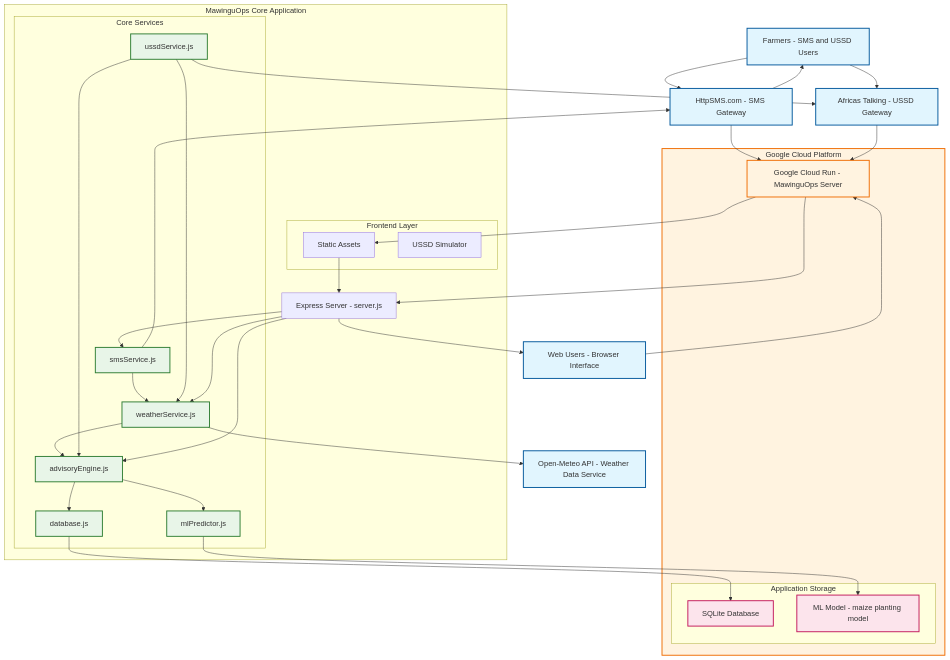
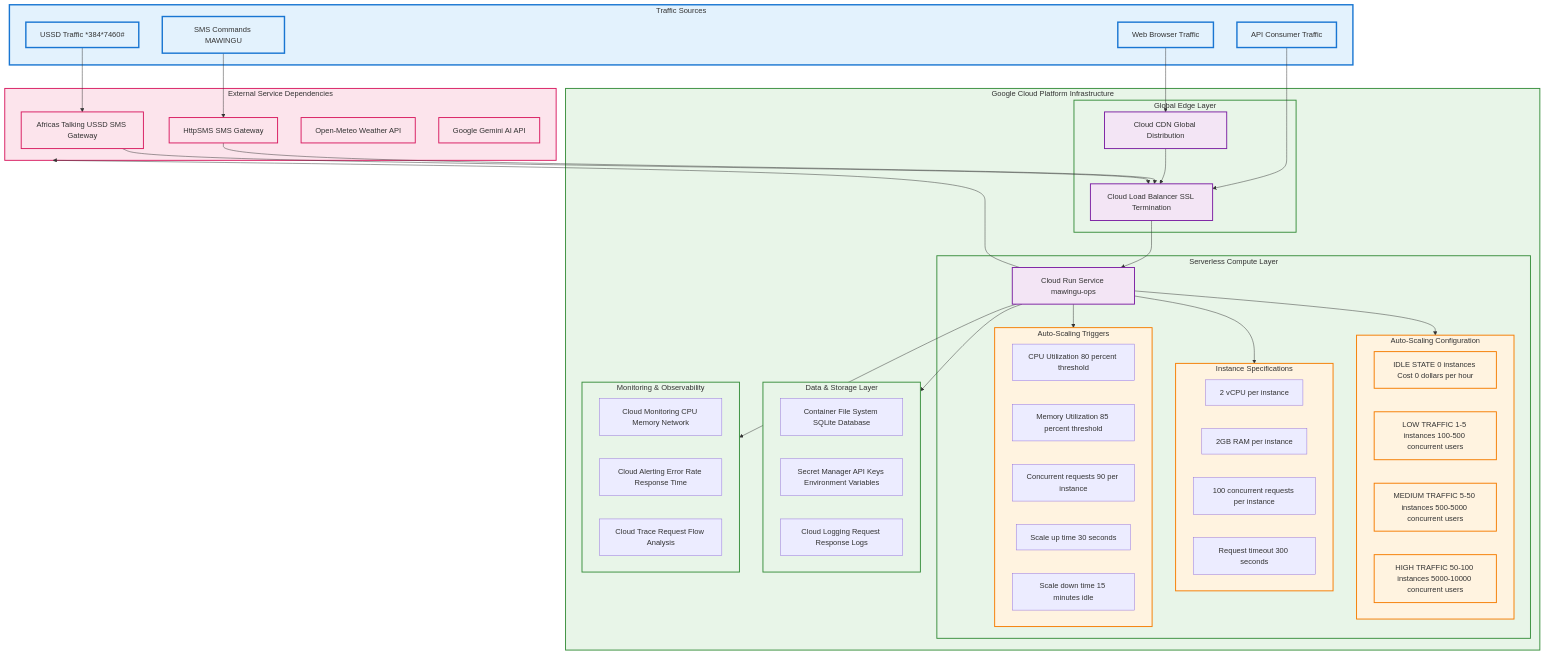
The first of 2 diagrams in README.md (ama-lyn/MawinguOps), drawn with Mermaid before and after one commit. The commit also changed other lines of this file and 8 other files, not shown here.

First line of the commit message:
feat: Add Africa's Talking service and USSD integration

````diff
--- a/README.md
+++ b/README.md
@@ -7,81 +9,105 @@
 ```mermaid
 graph TD
-    %% External Users
-    Farmers[Farmers - SMS and USSD Users]
-    WebUsers[Web Users - Browser Interface]
+    %% External Traffic Sources
+    subgraph Traffic[Traffic Sources]
+        USSD[USSD Traffic *384*7460#]
+        SMS[SMS Commands MAWINGU]
+        Web[Web Browser Traffic]
+        API[API Consumer Traffic]
+    end
     
-    %% External Services
-    OpenMeteo[Open-Meteo API - Weather Data Service]
-    HttpSMS[HttpSMS.com - SMS Gateway]
-    ATalking[Africas Talking - USSD Gateway]
-    
-    %% Google Cloud Platform
-    subgraph GCP[Google Cloud Platform]
-        CloudRun[Google Cloud Run - MawinguOps Server]
+    %% Google Cloud Platform Infrastructure
+    subgraph GCP[Google Cloud Platform Infrastructure]
+        %% Edge Layer
+        subgraph Edge[Global Edge Layer]
+            CDN[Cloud CDN Global Distribution]
+            LB[Cloud Load Balancer SSL Termination]
+        end
         
-        subgraph Storage[Application Storage]
-            SQLite[SQLite Database]
-            MLModel[ML Model - maize planting model]
+        %% Compute Layer with Scaling Details
+        subgraph Compute[Serverless Compute Layer]
+            CloudRun[Cloud Run Service mawingu-ops]
+            
+            %% Scaling Configuration
+            subgraph ScaleConfig[Auto-Scaling Configuration]
+                Scale0[IDLE STATE 0 instances Cost 0 dollars per hour]
+                Scale1[LOW TRAFFIC 1-5 instances 100-500 concurrent users]
+                Scale50[MEDIUM TRAFFIC 5-50 instances 500-5000 concurrent users]
+                Scale100[HIGH TRAFFIC 50-100 instances 5000-10000 concurrent users]
+            end
+            
+            %% Instance Specifications
+            subgraph InstanceSpec[Instance Specifications]
+                CPU[2 vCPU per instance]
+                RAM[2GB RAM per instance]
+                Concurrency[100 concurrent requests per instance]
+                Timeout[Request timeout 300 seconds]
+            end
+            
+            %% Auto-Scaling Triggers
+            subgraph AutoScale[Auto-Scaling Triggers]
+                CPUTrigger[CPU Utilization 80 percent threshold]
+                MemoryTrigger[Memory Utilization 85 percent threshold]
+                ConcurrencyTrigger[Concurrent requests 90 per instance]
+                ScaleUpTime[Scale up time 30 seconds]
+                ScaleDownTime[Scale down time 15 minutes idle]
+            end
+        end
+        
+        %% Data Layer
+        subgraph Data[Data & Storage Layer]
+            Runtime[Container File System SQLite Database]
+            Secrets[Secret Manager API Keys Environment Variables]
+            Logs[Cloud Logging Request Response Logs]
+        end
+        
+        %% Monitoring Layer
+        subgraph Monitor[Monitoring & Observability]
+            Metrics[Cloud Monitoring CPU Memory Network]
+            Alerting[Cloud Alerting Error Rate Response Time]
+            Tracing[Cloud Trace Request Flow Analysis]
         end
     end
     
-    %% Application Architecture
-    subgraph AppCore[MawinguOps Core Application]
-        Server[Express Server - server.js]
-        
-        subgraph Services[Core Services]
-            WeatherSvc[weatherService.js]
-            AdvisorySvc[advisoryEngine.js]
-            SMSSvc[smsService.js]
-            USSDSvc[ussdService.js]
-            MLSvc[mlPredictor.js]
-            DBSvc[database.js]
-        end
-        
-        subgraph Frontend[Frontend Layer]
-            StaticFiles[Static Assets]
-            USSDSim[USSD Simulator]
-        end
+    %% External Services
+    subgraph External[External Service Dependencies]
+        AT[Africas Talking USSD SMS Gateway]
+        HttpSMS[HttpSMS SMS Gateway]
+        OpenMeteo[Open-Meteo Weather API]
+        Gemini[Google Gemini AI API]
     end
     
-    %% SMS Flow
-    Farmers --> HttpSMS
-    HttpSMS --> CloudRun
-    CloudRun --> Server
-    Server --> SMSSvc
-    SMSSvc --> WeatherSvc
-    WeatherSvc --> OpenMeteo
-    WeatherSvc --> AdvisorySvc
-    AdvisorySvc --> MLSvc
-    MLSvc --> MLModel
-    AdvisorySvc --> DBSvc
-    DBSvc --> SQLite
-    SMSSvc --> HttpSMS
-    HttpSMS --> Farmers
+    %% Traffic Flow
+    USSD --> AT
+    SMS --> HttpSMS
+    Web --> CDN
+    API --> LB
     
-    %% USSD Flow  
-    Farmers --> ATalking
-    ATalking --> CloudRun
-    USSDSvc --> WeatherSvc
-    USSDSvc --> AdvisorySvc
-    USSDSvc --> ATalking
+    AT --> LB
+    HttpSMS --> LB
+    CDN --> LB
+    LB --> CloudRun
     
-    %% Web Flow
-    WebUsers --> CloudRun
-    CloudRun --> StaticFiles
-    StaticFiles --> Server
-    Server --> WeatherSvc
-    Server --> AdvisorySvc
-    Server --> WebUsers
+    %% Auto-scaling connections
+    CloudRun --> ScaleConfig
+    CloudRun --> InstanceSpec
+    CloudRun --> AutoScale
     
-    %% Styling
-    classDef external fill:#e1f5fe,stroke:#01579b,stroke-width:2px
-    classDef gcp fill:#fff3e0,stroke:#ef6c00,stroke-width:2px
-    classDef service fill:#e8f5e8,stroke:#2e7d32,stroke-width:2px
-    classDef storage fill:#fce4ec,stroke:#c2185b,stroke-width:2px
+    %% Infrastructure connections
+    CloudRun --> Data
+    CloudRun --> Monitor
+    CloudRun --> External
     
-    class Farmers,WebUsers,OpenMeteo,HttpSMS,ATalking external
-    class GCP,CloudRun gcp
-    class WeatherSvc,AdvisorySvc,SMSSvc,USSDSvc,MLSvc,DBSvc service
-    class SQLite,MLModel storage
+    %% Styling for different components
+    classDef traffic fill:#e3f2fd,stroke:#1976d2,stroke-width:3px
+    classDef gcp fill:#e8f5e8,stroke:#388e3c,stroke-width:2px
+    classDef scaling fill:#fff3e0,stroke:#f57c00,stroke-width:2px
+    classDef external fill:#fce4ec,stroke:#d81b60,stroke-width:2px
+    classDef compute fill:#f3e5f5,stroke:#7b1fa2,stroke-width:2px
+    
+    class Traffic,USSD,SMS,Web,API traffic
+    class GCP,Edge,Compute,Data,Monitor gcp
+    class ScaleConfig,InstanceSpec,AutoScale,Scale0,Scale1,Scale50,Scale100 scaling
+    class External,AT,HttpSMS,OpenMeteo,Gemini external
+    class CloudRun,CDN,LB compute
 ```
````
